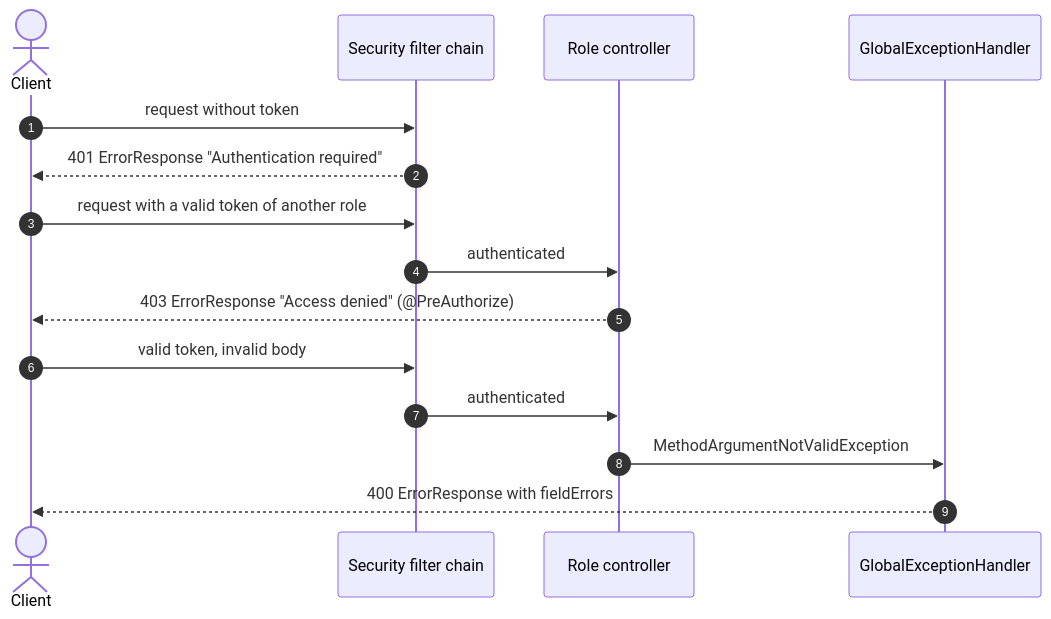
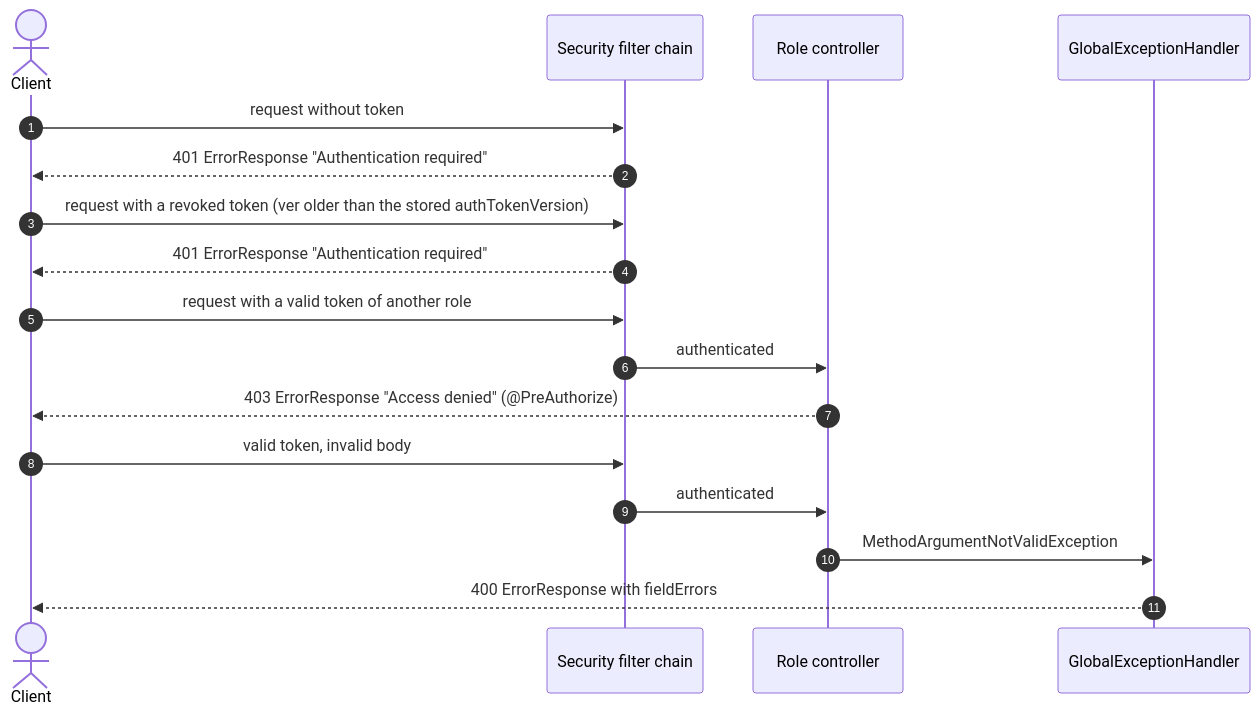
The ninth of 9 diagrams in SDD/C4/11-endpoints-flows.md (Spuerta18/Nexuss), drawn with Mermaid before and after one commit. The commit also changed other lines of this file and 34 other files, not shown here.

````diff
--- a/SDD/C4/11-endpoints-flows.md
+++ b/SDD/C4/11-endpoints-flows.md
@@ -218,18 +292,20 @@
 ```mermaid
 sequenceDiagram
     autonumber
     actor X as Client
     participant F as Security filter chain
     participant C as Role controller
     participant H as GlobalExceptionHandler
 
     X->>F: request without token
     F-->>X: 401 ErrorResponse "Authentication required"
+    X->>F: request with a revoked token (ver older than the stored authTokenVersion)
+    F-->>X: 401 ErrorResponse "Authentication required"
     X->>F: request with a valid token of another role
     F->>C: authenticated
     C-->>X: 403 ErrorResponse "Access denied" (@PreAuthorize)
     X->>F: valid token, invalid body
     F->>C: authenticated
     C->>H: MethodArgumentNotValidException
     H-->>X: 400 ErrorResponse with fieldErrors
 ```
````
